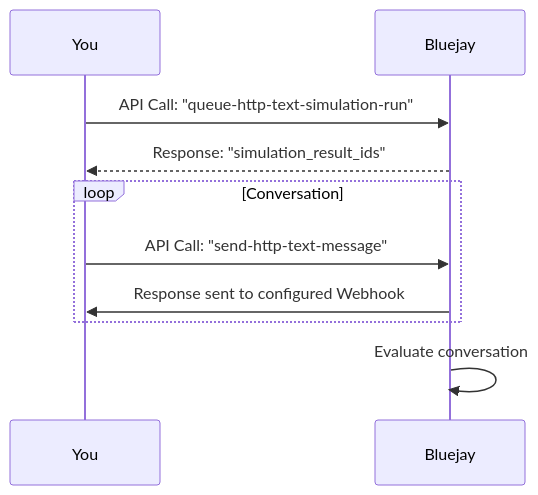
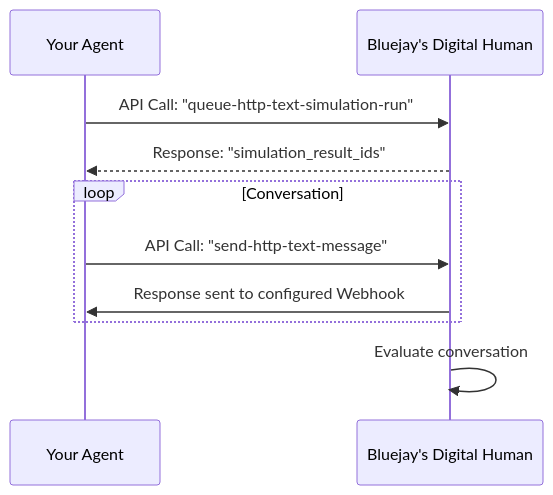
One commit to bluejay-ai-dev/docs changed the second of 2 diagrams in simulation-integrations/http-webhooks.mdx. Above: the diagram before and after it, drawn with Mermaid. The commit also changed other lines of this file, not shown here.

Commit message:
changing names

````diff
--- a/simulation-integrations/http-webhooks.mdx
+++ b/simulation-integrations/http-webhooks.mdx
@@ -35,13 +35,13 @@
 ```mermaid
 sequenceDiagram
-    participant You
-    participant Bluejay
+    participant Your Agent
+    participant Bluejay's Digital Human
    
-    You->>Bluejay: API Call: "queue-http-text-simulation-run"
-    Bluejay-->>You: Response: "simulation_result_ids"
+    Your Agent->>Bluejay's Digital Human: API Call: "queue-http-text-simulation-run"
+    Bluejay's Digital Human-->>Your Agent: Response: "simulation_result_ids"
     loop Conversation
-        You->>Bluejay: API Call: "send-http-text-message"
-        Bluejay->>You: Response sent to configured Webhook
+        Your Agent->>Bluejay's Digital Human: API Call: "send-http-text-message"
+        Bluejay's Digital Human->>Your Agent: Response sent to configured Webhook
     end
-    Bluejay->>Bluejay: Evaluate conversation
+    Bluejay's Digital Human->>Bluejay's Digital Human: Evaluate conversation
 ```
````
